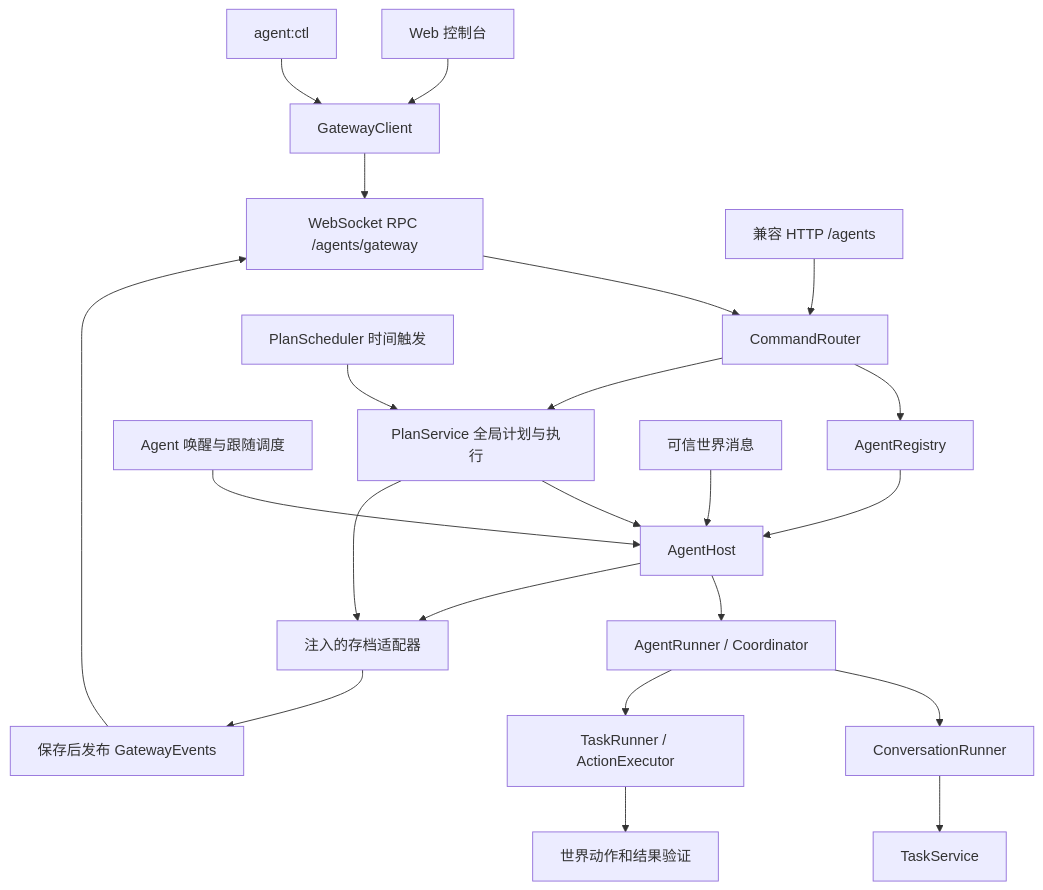
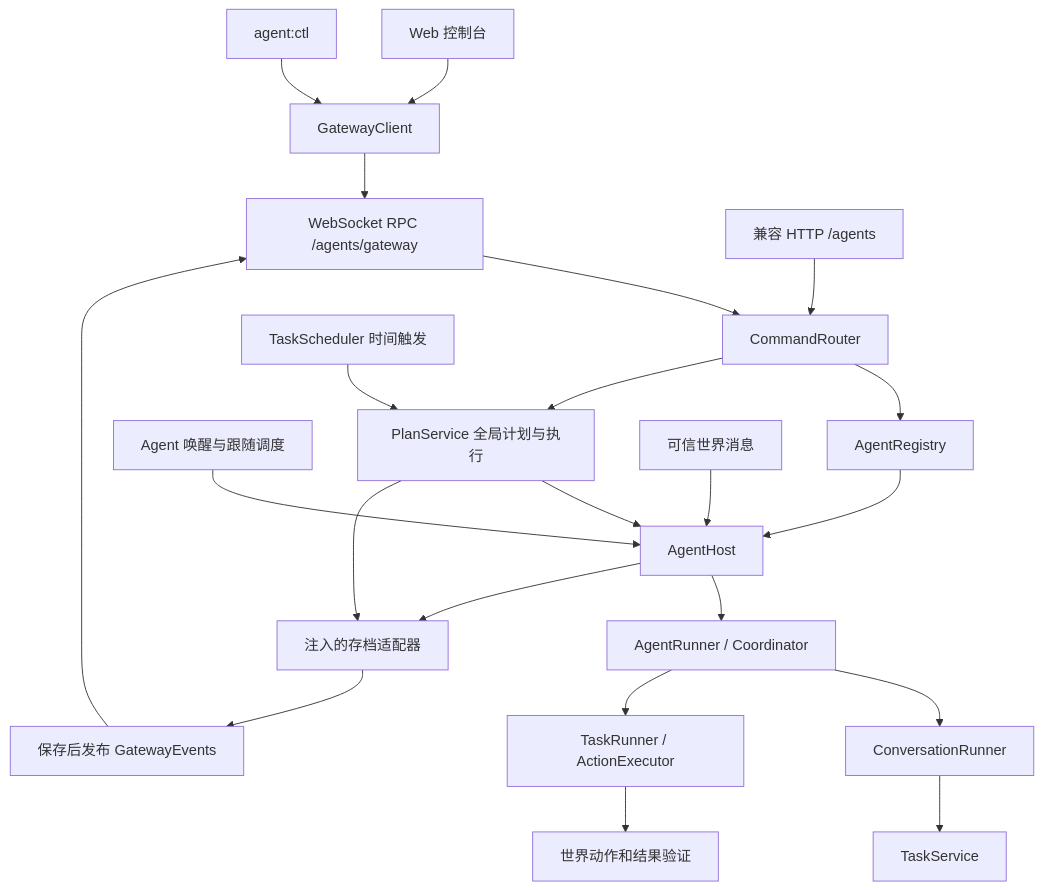
One commit to lulabs-org/agent-voxel-world changed the diagram in docs/AGENT_GATEWAY.md. Above: the diagram before and after it, drawn with Mermaid. The commit also changed 14 other files, not shown here.

````diff
--- a/docs/AGENT_GATEWAY.md
+++ b/docs/AGENT_GATEWAY.md
@@ -5,24 +5,24 @@
 ```mermaid
 flowchart TD
   Web[Web 控制台] --> Client[GatewayClient]
   CLI[agent:ctl] --> Client
   Client --> RPC[WebSocket RPC /agents/gateway]
   HTTP[兼容 HTTP /agents] --> Router[CommandRouter]
   RPC --> Router
   Router --> Registry[AgentRegistry]
   Scheduler[Agent 唤醒与跟随调度] --> Host[AgentHost]
   Router --> Plans[PlanService 全局计划与执行]
-  Timer[PlanScheduler 时间触发] --> Plans
+  Timer[TaskScheduler 时间触发] --> Plans
   Plans --> Host
   Plans --> Archive
   Registry --> Host
   Host --> Runner[AgentRunner / Coordinator]
   Player[可信世界消息] --> Host
   Runner --> Conversation[ConversationRunner]
   Runner --> Task[TaskRunner / ActionExecutor]
   Conversation --> Rules[TaskService]
   Task --> World[世界动作和结果验证]
   Host --> Archive[注入的存档适配器]
   Archive --> Events[保存后发布 GatewayEvents]
   Events --> RPC
 ```
````
